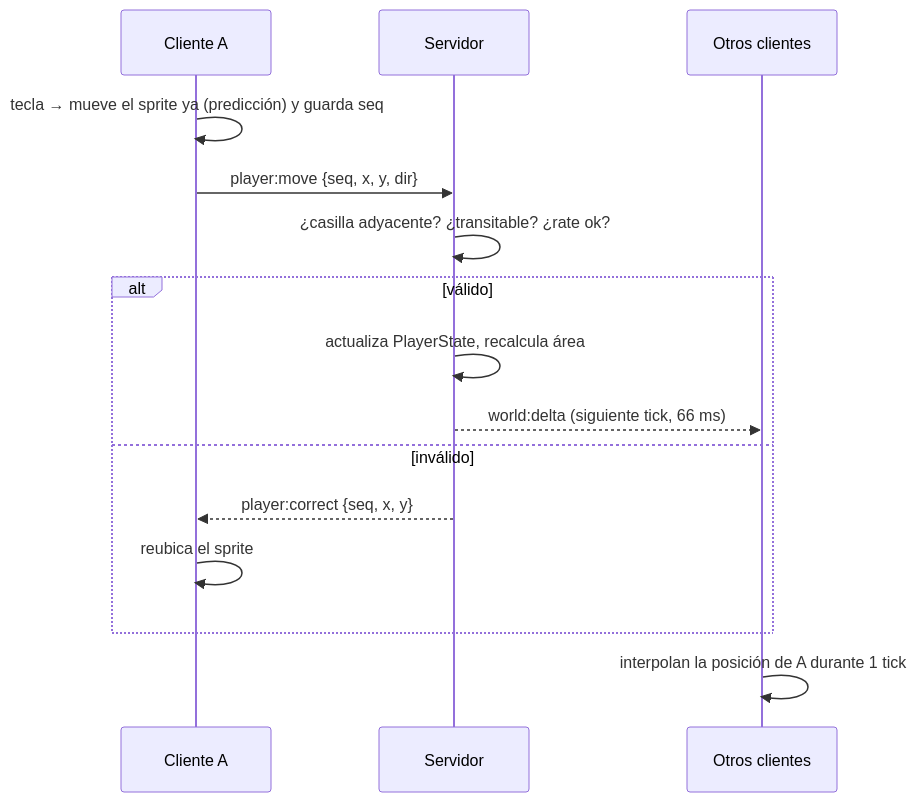
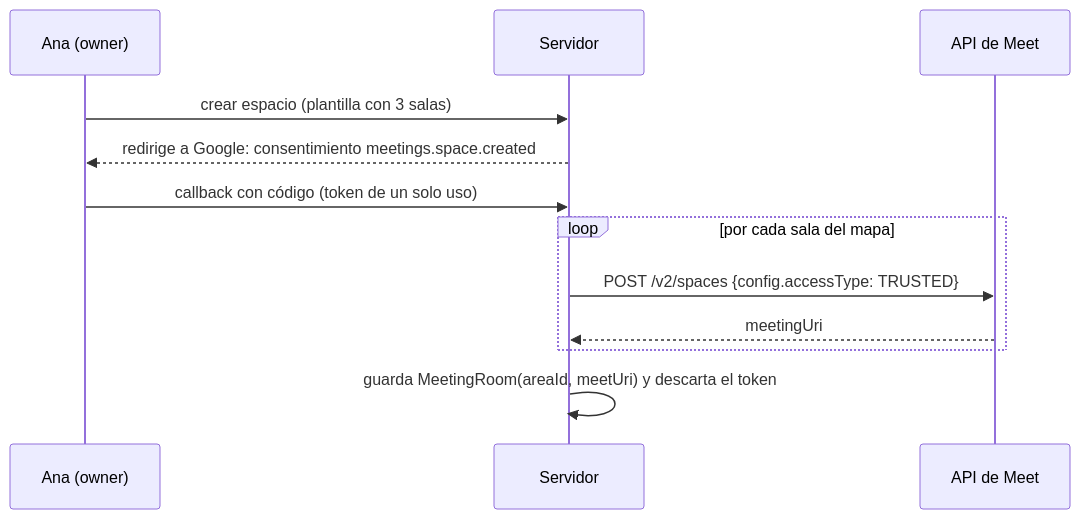
The third of 4 diagrams in docs/virtual-office-mvp/02-arquitectura.md (nesram5/html-course), drawn with Mermaid before and after one commit. The commit also changed other lines of this file and 19 other files, not shown here.

First line of the commit message:
docs: simplify Plaza MVP plan (Google login, LiveKit Cloud, Google Meet rooms)

````diff
--- a/docs/virtual-office-mvp/02-arquitectura.md
+++ b/docs/virtual-office-mvp/02-arquitectura.md
@@ -333,17 +319,14 @@
 ```mermaid
 sequenceDiagram
-    participant C as Cliente A
+    participant A as Ana (owner)
     participant S as Servidor
-    participant O as Otros clientes
-    C->>C: tecla → mueve el sprite ya (predicción) y guarda seq
-    C->>S: player:move {seq, x, y, dir}
-    S->>S: ¿casilla adyacente? ¿transitable? ¿rate ok?
-    alt válido
-        S->>S: actualiza PlayerState, recalcula área
-        S-->>O: world:delta (siguiente tick, 66 ms)
-    else inválido
-        S-->>C: player:correct {seq, x, y}
-        C->>C: reubica el sprite
+    participant G as API de Meet
+    A->>S: crear espacio (plantilla con 3 salas)
+    S-->>A: redirige a Google: consentimiento meetings.space.created
+    A->>S: callback con código (token de un solo uso)
+    loop por cada sala del mapa
+      S->>G: POST /v2/spaces {config.accessType: TRUSTED}
+      G-->>S: meetingUri
     end
-    O->>O: interpolan la posición de A durante 1 tick
+    S->>S: guarda MeetingRoom(areaId, meetUri) y descarta el token
 ```
````
